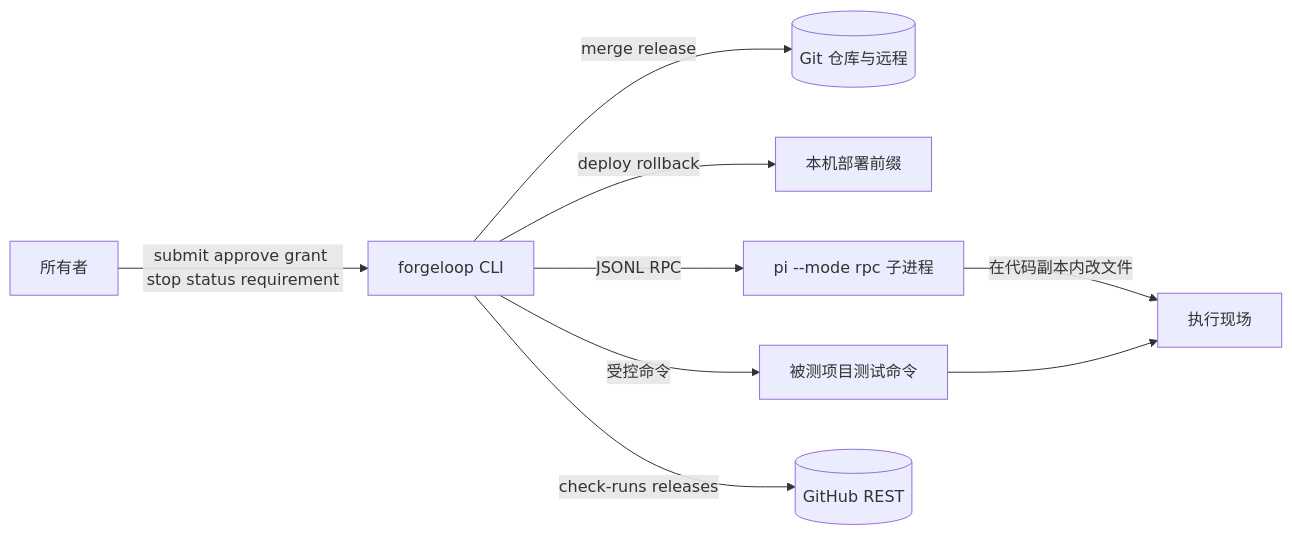
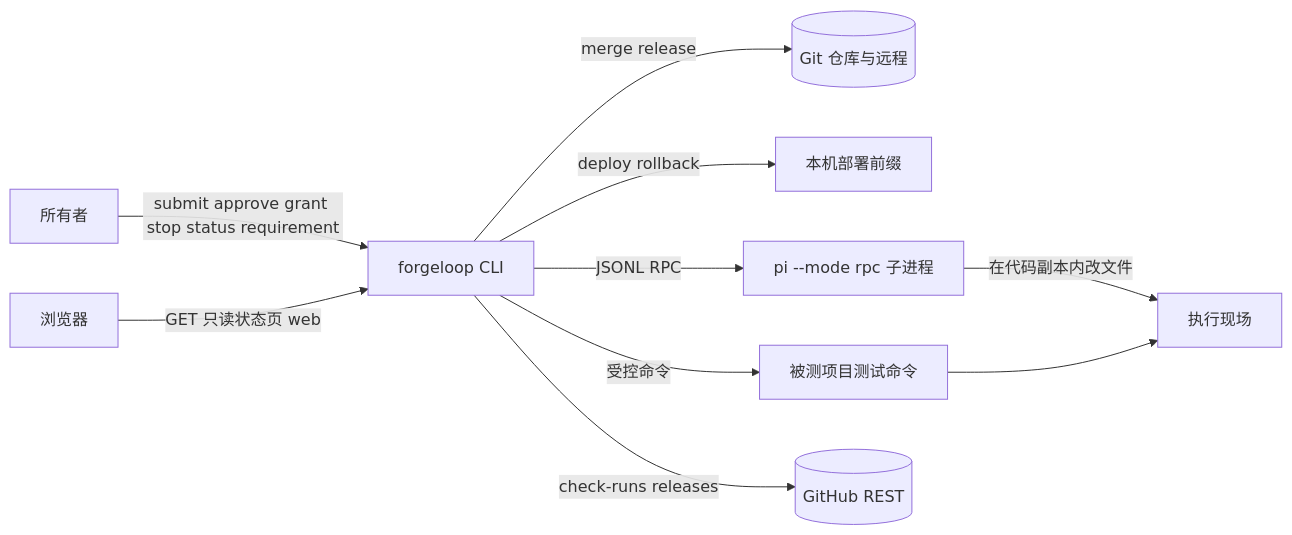
Before and after one commit to Lijiajin95/ForgeLoop: the first of 4 diagrams in docs/architecture.md, drawn with Mermaid. The commit also changed other lines of this file and 66 other files, not shown here.

````diff
--- a/docs/architecture.md
+++ b/docs/architecture.md
@@ -20,11 +20,12 @@
 ```mermaid
 flowchart LR
   Owner[所有者] -->|submit approve grant stop status requirement| CLI[forgeloop CLI]
+  Browser[浏览器] -->|GET 只读状态页 web| CLI
   CLI -->|merge release| Git[(Git 仓库与远程)]
   CLI -->|deploy rollback| Prefix[本机部署前缀]
   CLI -->|JSONL RPC| PI[pi --mode rpc 子进程]
   CLI -->|受控命令| Project[被测项目测试命令]
   CLI -->|check-runs releases| GitHub[(GitHub REST)]
   PI -->|在代码副本内改文件| WS[执行现场]
   Project --> WS
 ```
````
